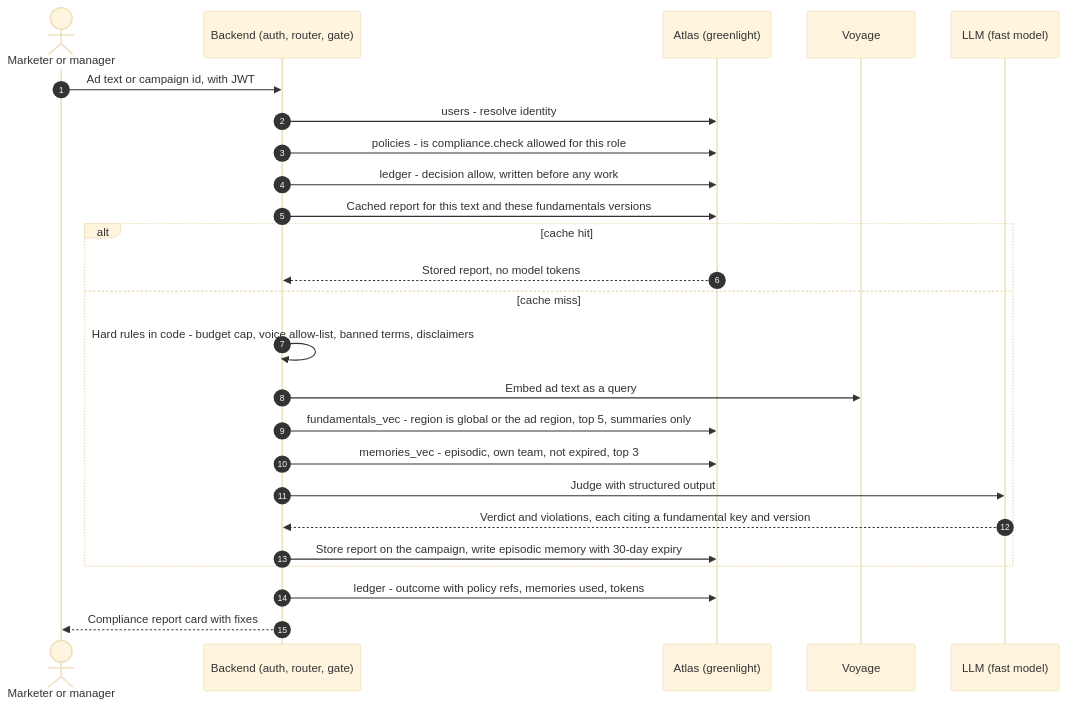
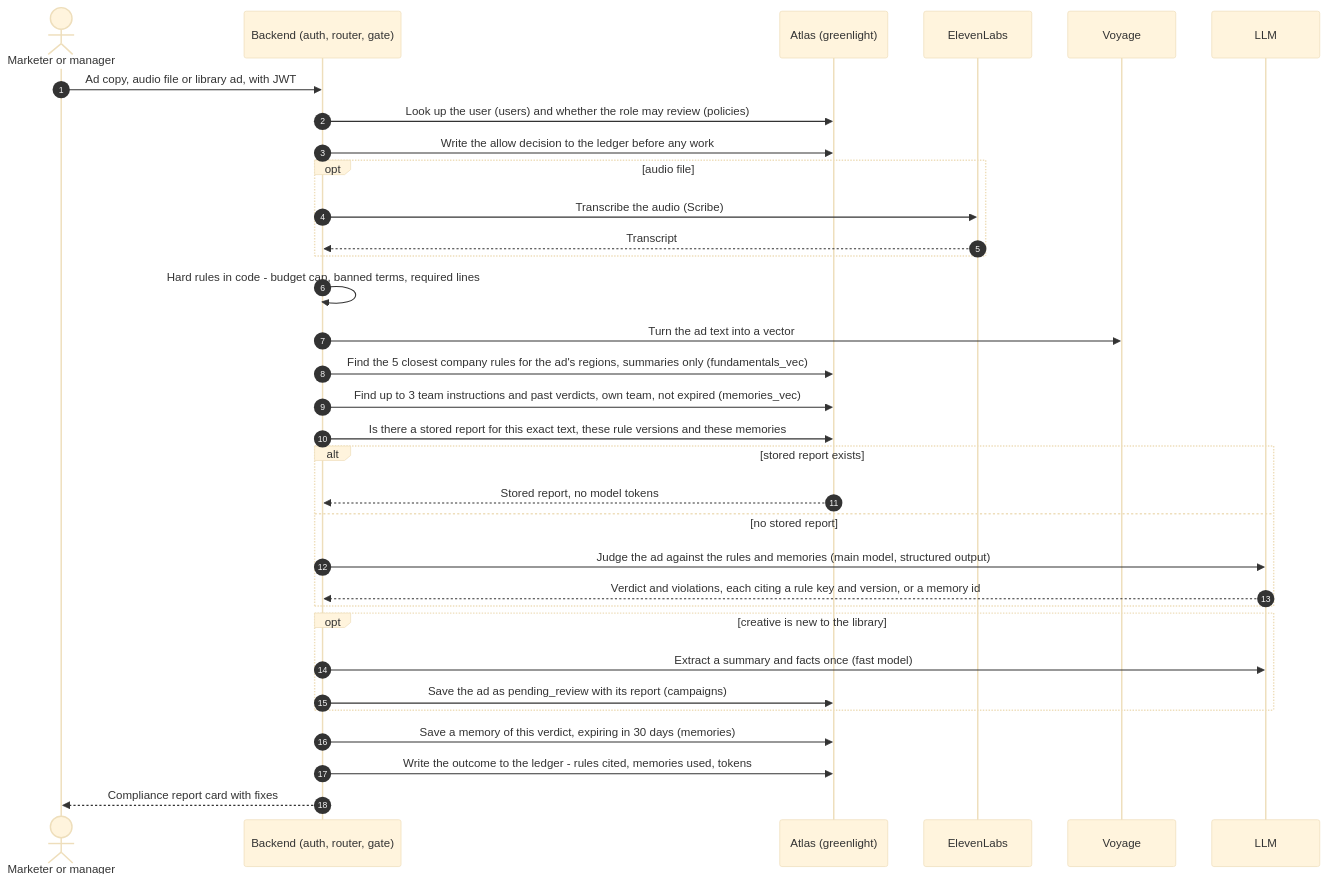
One commit to tusharraju7/mongodb-hackathon changed the second of 4 diagrams in docs/FLOWS.md. Above: the diagram before and after it, drawn with Mermaid (base theme). The commit also changed other lines of this file and 7 other files, not shown here.

````diff
--- a/docs/FLOWS.md
+++ b/docs/FLOWS.md
@@ -51,27 +49,35 @@
 ```mermaid
 sequenceDiagram
   autonumber
   actor U as Marketer or manager
   participant API as Backend (auth, router, gate)
   participant DB as Atlas (greenlight)
+  participant E as ElevenLabs
   participant V as Voyage
-  participant L as LLM (fast model)
-  U->>API: Ad text or campaign id, with JWT
-  API->>DB: users - resolve identity
-  API->>DB: policies - is compliance.check allowed for this role
-  API->>DB: ledger - decision allow, written before any work
-  API->>DB: Cached report for this text and these fundamentals versions
-  alt cache hit
+  participant L as LLM
+  U->>API: Ad copy, audio file or library ad, with JWT
+  API->>DB: Look up the user (users) and whether the role may review (policies)
+  API->>DB: Write the allow decision to the ledger before any work
+  opt audio file
+    API->>E: Transcribe the audio (Scribe)
+    E-->>API: Transcript
+  end
+  API->>API: Hard rules in code - budget cap, banned terms, required lines
+  API->>V: Turn the ad text into a vector
+  API->>DB: Find the 5 closest company rules for the ad's regions, summaries only (fundamentals_vec)
+  API->>DB: Find up to 3 team instructions and past verdicts, own team, not expired (memories_vec)
+  API->>DB: Is there a stored report for this exact text, these rule versions and these memories
+  alt stored report exists
     DB-->>API: Stored report, no model tokens
-  else cache miss
-    API->>API: Hard rules in code - budget cap, voice allow-list, banned terms, disclaimers
-    API->>V: Embed ad text as a query
-    API->>DB: fundamentals_vec - region is global or the ad region, top 5, summaries only
-    API->>DB: memories_vec - episodic, own team, not expired, top 3
-    API->>L: Judge with structured output
-    L-->>API: Verdict and violations, each citing a fundamental key and version
-    API->>DB: Store report on the campaign, write episodic memory with 30-day expiry
+  else no stored report
+    API->>L: Judge the ad against the rules and memories (main model, structured output)
+    L-->>API: Verdict and violations, each citing a rule key and version, or a memory id
   end
-  API->>DB: ledger - outcome with policy refs, memories used, tokens
+  opt creative is new to the library
+    API->>L: Extract a summary and facts once (fast model)
+    API->>DB: Save the ad as pending_review with its report (campaigns)
+  end
+  API->>DB: Save a memory of this verdict, expiring in 30 days (memories)
+  API->>DB: Write the outcome to the ledger - rules cited, memories used, tokens
   API-->>U: Compliance report card with fixes
 ```
````
